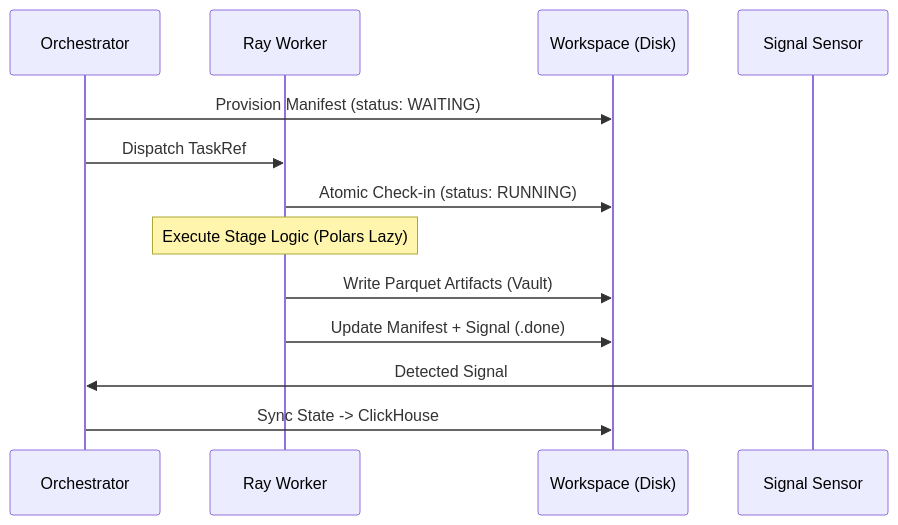
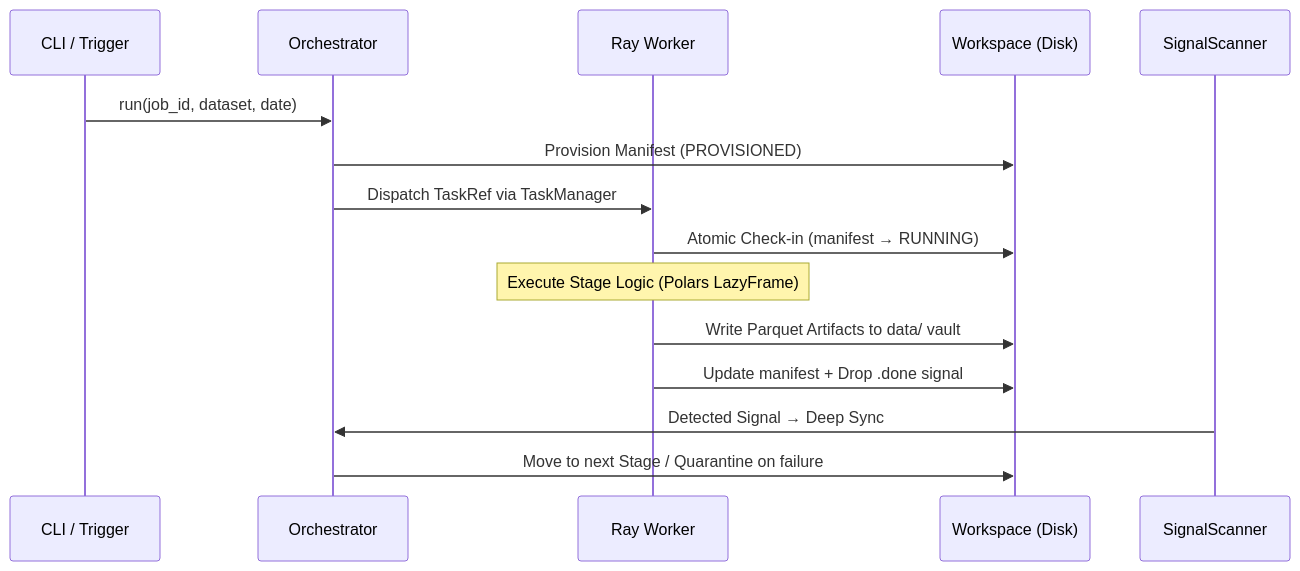
Before and after one commit to RaymondOnn/data-ops-toolkit: the diagram in apps/ingestion/README.md, drawn with Mermaid. The commit also changed other lines of this file and 243 other files, not shown here.

First line of the commit message:
feat(ingestion): Added incremental loading and refactor WriteStage and PublishStage

````diff
--- a/apps/ingestion/README.md
+++ b/apps/ingestion/README.md
@@ -20,16 +49,18 @@
 ```mermaid
 sequenceDiagram
+    participant CLI as CLI / Trigger
     participant O as Orchestrator
     participant W as Ray Worker
     participant FS as Workspace (Disk)
-    participant S as Signal Sensor
+    participant S as SignalScanner
 
-    O->>FS: Provision Manifest (status: WAITING)
-    O->>W: Dispatch TaskRef
-    W->>FS: Atomic Check-in (status: RUNNING)
-    Note over W: Execute Stage Logic (Polars Lazy)
-    W->>FS: Write Parquet Artifacts (Vault)
-    W->>FS: Update Manifest + Signal (.done)
-    S->>O: Detected Signal
-    O->>FS: Sync State -> ClickHouse
+    CLI->>O: run(job_id, dataset, date)
+    O->>FS: Provision Manifest (PROVISIONED)
+    O->>W: Dispatch TaskRef via TaskManager
+    W->>FS: Atomic Check-in (manifest → RUNNING)
+    Note over W: Execute Stage Logic (Polars LazyFrame)
+    W->>FS: Write Parquet Artifacts to data/ vault
+    W->>FS: Update manifest + Drop .done signal
+    S->>O: Detected Signal → Deep Sync
+    O->>FS: Move to next Stage / Quarantine on failure
 ```
````
